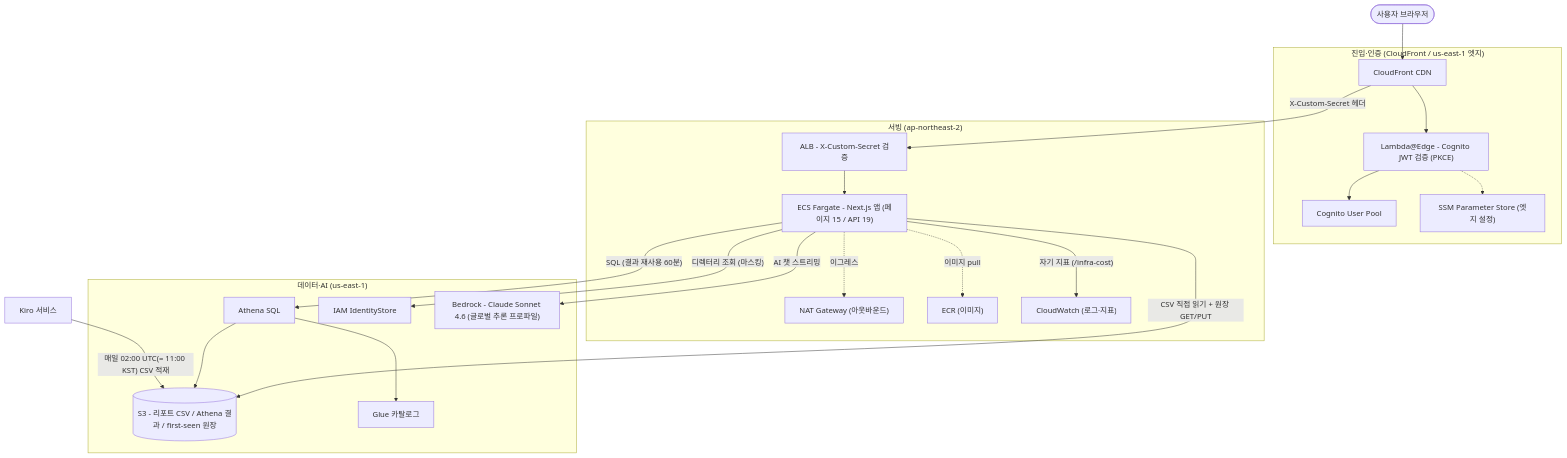
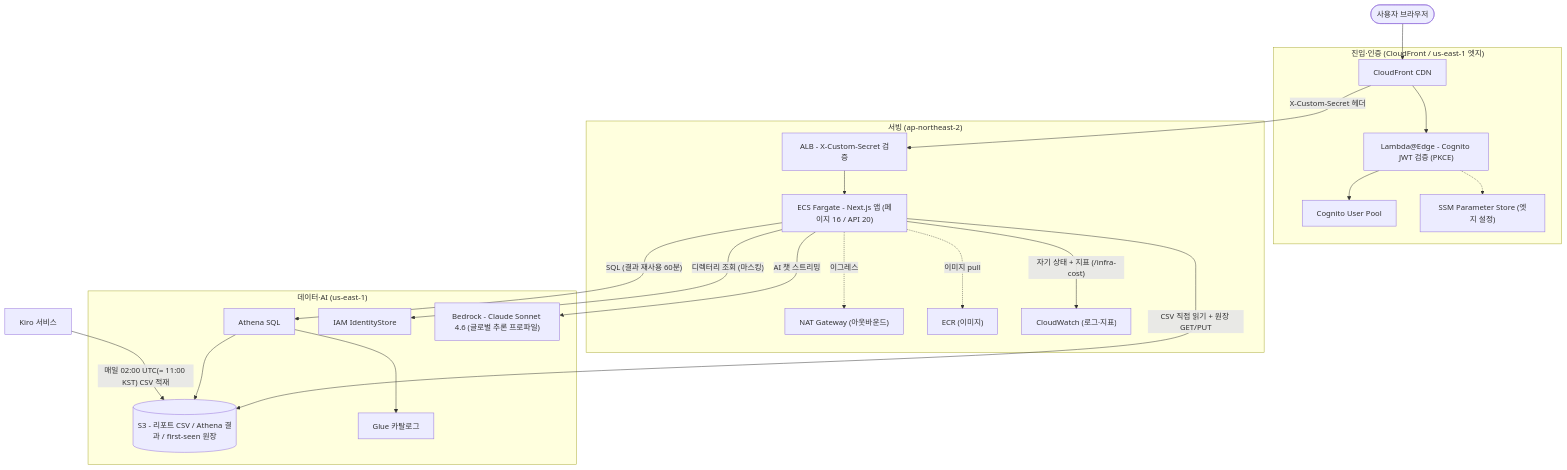
One commit to whchoi98/kiro-dashboard changed the second of 2 diagrams in README.md. Above: the diagram before and after it, drawn with Mermaid. The commit also changed other lines of this file and 9 other files, not shown here.

````diff
--- a/README.md
+++ b/README.md
@@ -521,43 +538,43 @@
 ```mermaid
 flowchart TB
     KIRO["Kiro 서비스"] -- "매일 02:00 UTC(= 11:00 KST) CSV 적재" --> S3
 
     USER([사용자 브라우저])
 
     subgraph EDGE["진입·인증 (CloudFront / us-east-1 엣지)"]
         CF["CloudFront CDN"]
         LE["Lambda@Edge - Cognito JWT 검증 (PKCE)"]
         COG["Cognito User Pool"]
         SSM["SSM Parameter Store (엣지 설정)"]
     end
 
     subgraph SEOUL["서빙 (ap-northeast-2)"]
         ALB["ALB - X-Custom-Secret 검증"]
-        ECS["ECS Fargate - Next.js 앱 (페이지 15 / API 19)"]
+        ECS["ECS Fargate - Next.js 앱 (페이지 16 / API 20)"]
         NAT["NAT Gateway (아웃바운드)"]
         ECR["ECR (이미지)"]
         CW["CloudWatch (로그·지표)"]
     end
 
     subgraph DATA["데이터·AI (us-east-1)"]
         S3[("S3 - 리포트 CSV / Athena 결과 / first-seen 원장")]
         GLUE["Glue 카탈로그"]
         ATH["Athena SQL"]
         IDC["IAM IdentityStore"]
         BR["Bedrock - Claude Sonnet 4.6 (글로벌 추론 프로파일)"]
     end
 
     USER --> CF --> LE
     LE --> COG
     LE -.-> SSM
     CF -- "X-Custom-Secret 헤더" --> ALB --> ECS
     ECS -- "SQL (결과 재사용 60분)" --> ATH
     ATH --> GLUE
     ATH --> S3
     ECS -- "CSV 직접 읽기 + 원장 GET/PUT" --> S3
     ECS -- "디렉터리 조회 (마스킹)" --> IDC
     ECS -- "AI 챗 스트리밍" --> BR
-    ECS -- "자기 지표 (/infra-cost)" --> CW
+    ECS -- "자기 상태 + 지표 (/infra-cost)" --> CW
     ECS -.->|이미지 pull| ECR
     ECS -.->|이그레스| NAT
 ```
````
